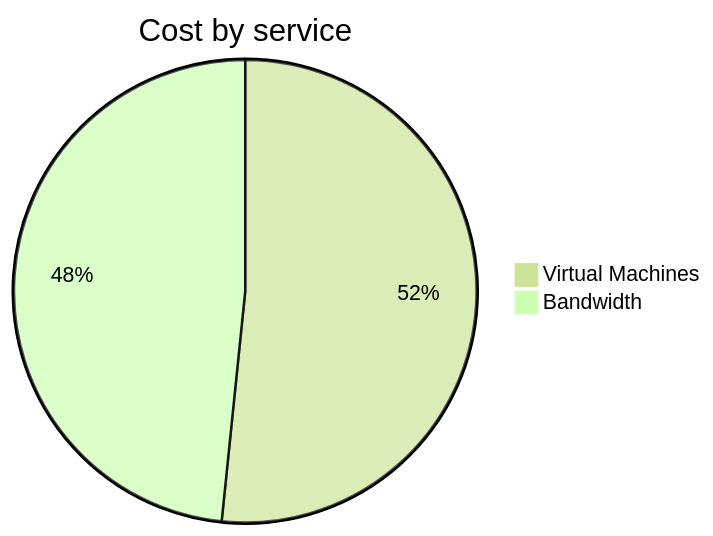
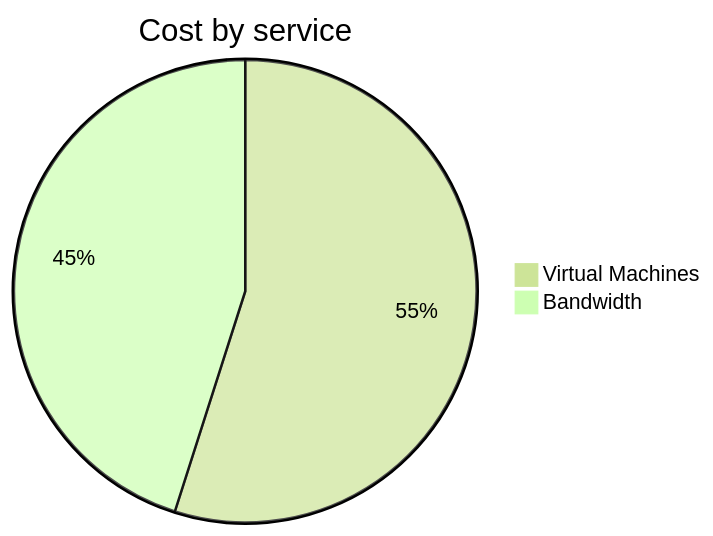
Before and after one commit to jpfulton/azure-personal-reports: the second of 4 diagrams in cost-reports/personal-network/vpn-server.md, drawn with Mermaid (forest theme). The commit also changed other lines of this file and 8 other files, not shown here.

````diff
--- a/cost-reports/personal-network/vpn-server.md
+++ b/cost-reports/personal-network/vpn-server.md
@@ -96,6 +96,6 @@
 ```mermaid
 pie
    title Cost by service
-   "Virtual Machines" : 1.27
+   "Virtual Machines" : 1.45
    "Bandwidth" : 1.19
 ```
````
